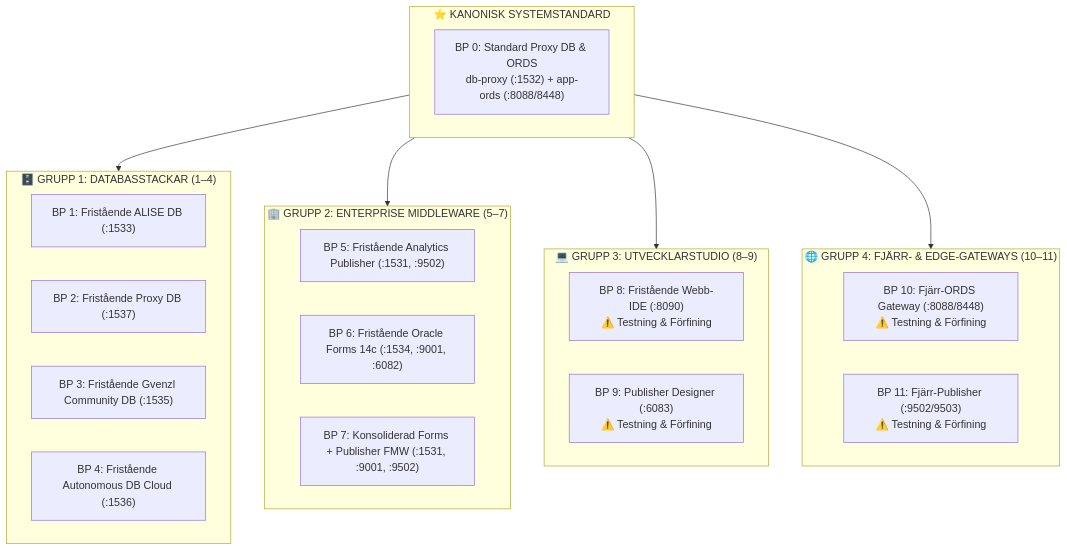
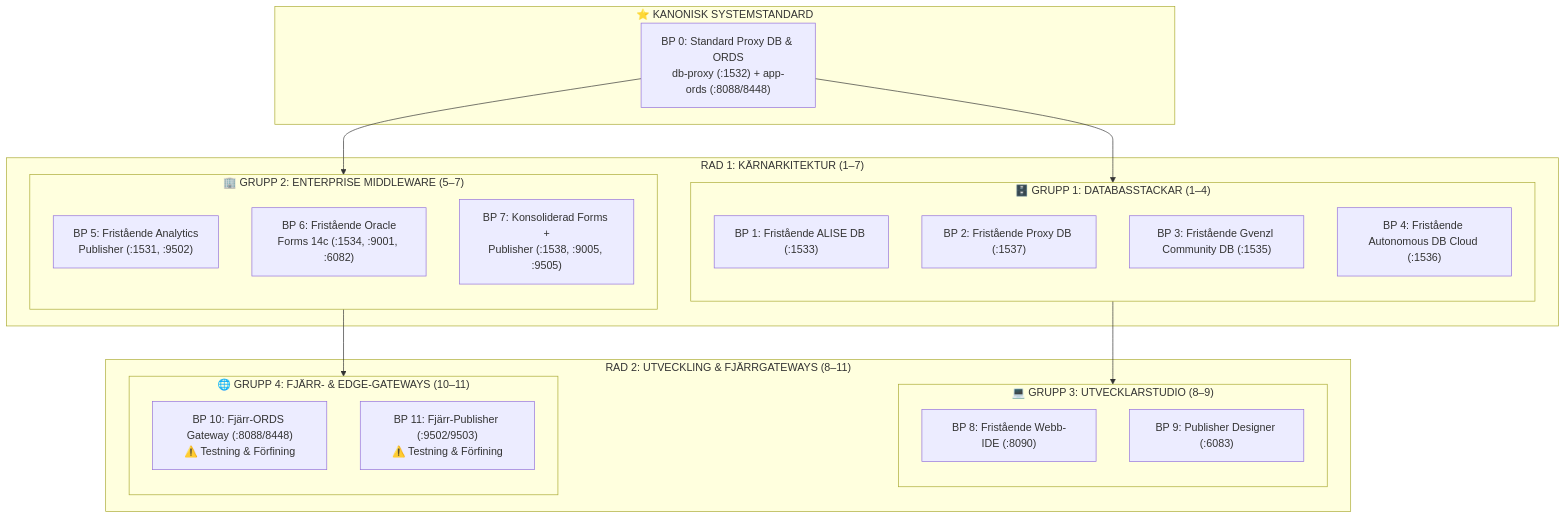
The diagram in config/blueprints/README.sv.md (alahe/oracle-devops-platform), drawn with Mermaid before and after one commit. The commit also changed other lines of this file and 412 other files, not shown here.

````diff
--- a/config/blueprints/README.sv.md
+++ b/config/blueprints/README.sv.md
@@ -7,34 +7,42 @@
 ```mermaid
 flowchart TD
     subgraph Default ["⭐ KANONISK SYSTEMSTANDARD"]
         BP0["BP 0: Standard Proxy DB & ORDS<br/>db-proxy (:1532) + app-ords (:8088/8448)"]
     end
 
-    subgraph DatabaseStacks ["🗄️ GRUPP 1: DATABASSTACKAR (1–4)"]
-        BP1["BP 1: Fristående ALISE DB (:1533)"]
-        BP2["BP 2: Fristående Proxy DB (:1537)"]
-        BP3["BP 3: Fristående Gvenzl Community DB (:1535)"]
-        BP4["BP 4: Fristående Autonomous DB Cloud (:1536)"]
+    subgraph Tier1 ["RAD 1: KÄRNARKITEKTUR (1–7)"]
+        subgraph DatabaseStacks ["🗄️ GRUPP 1: DATABASSTACKAR (1–4)"]
+            direction TB
+            BP1["BP 1: Fristående ALISE DB (:1533)"]
+            BP2["BP 2: Fristående Proxy DB (:1537)"]
+            BP3["BP 3: Fristående Gvenzl Community DB (:1535)"]
+            BP4["BP 4: Fristående Autonomous DB Cloud (:1536)"]
+        end
+
+        subgraph Middleware ["🏢 GRUPP 2: ENTERPRISE MIDDLEWARE (5–7)"]
+            direction TB
+            BP5["BP 5: Fristående Analytics<br/>Publisher (:1531, :9502)"]
+            BP6["BP 6: Fristående Oracle<br/>Forms 14c (:1534, :9001, :6082)"]
+            BP7["BP 7: Konsoliderad Forms +<br/>Publisher (:1538, :9005, :9505)"]
+        end
     end
 
-    subgraph Middleware ["🏢 GRUPP 2: ENTERPRISE MIDDLEWARE (5–7)"]
-        BP5["BP 5: Fristående Analytics Publisher (:1531, :9502)"]
-        BP6["BP 6: Fristående Oracle Forms 14c (:1534, :9001, :6082)"]
-        BP7["BP 7: Konsoliderad Forms + Publisher FMW (:1531, :9001, :9502)"]
+    subgraph Tier2 ["RAD 2: UTVECKLING & FJÄRRGATEWAYS (8–11)"]
+        subgraph DeveloperStudio ["💻 GRUPP 3: UTVECKLARSTUDIO (8–9)"]
+            direction TB
+            BP8["BP 8: Fristående Webb-IDE (:8090)"]
+            BP9["BP 9: Publisher Designer (:6083)"]
+        end
+
+        subgraph RemoteGateways ["🌐 GRUPP 4: FJÄRR- & EDGE-GATEWAYS (10–11)"]
+            direction TB
+            BP10["BP 10: Fjärr-ORDS Gateway (:8088/8448)<br/>⚠️ Testning & Förfining"]
+            BP11["BP 11: Fjärr-Publisher (:9502/9503)<br/>⚠️ Testning & Förfining"]
+        end
     end
 
-    subgraph DeveloperStudio ["💻 GRUPP 3: UTVECKLARSTUDIO (8–9)"]
-        BP8["BP 8: Fristående Webb-IDE (:8090)<br/>⚠️ Testning & Förfining"]
-        BP9["BP 9: Publisher Designer (:6083)<br/>⚠️ Testning & Förfining"]
-    end
-
-    subgraph RemoteGateways ["🌐 GRUPP 4: FJÄRR- & EDGE-GATEWAYS (10–11)"]
-        BP10["BP 10: Fjärr-ORDS Gateway (:8088/8448)<br/>⚠️ Testning & Förfining"]
-        BP11["BP 11: Fjärr-Publisher (:9502/9503)<br/>⚠️ Testning & Förfining"]
-    end
-
-    Default --> DatabaseStacks
-    Default --> Middleware
-    Default --> DeveloperStudio
-    Default --> RemoteGateways
+    BP0 --> BP1
+    BP0 --> BP5
+    BP1 --> BP8
+    BP5 --> BP10
 ```
````
